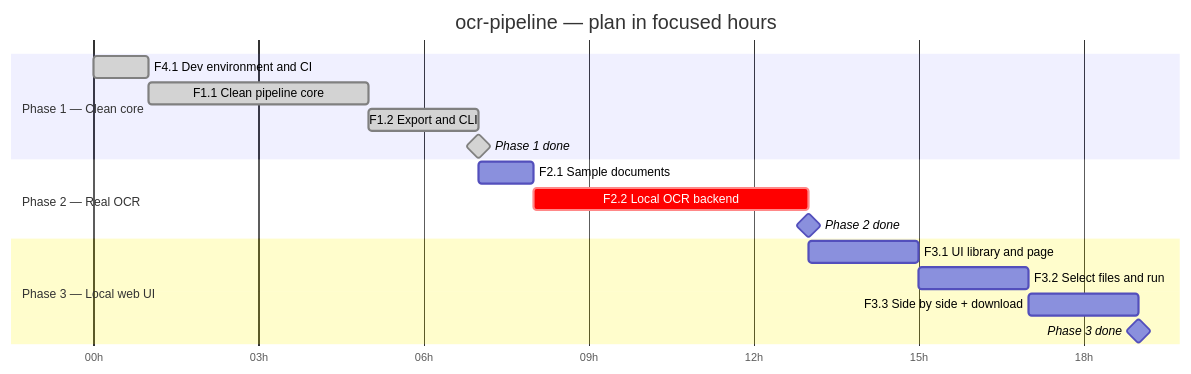
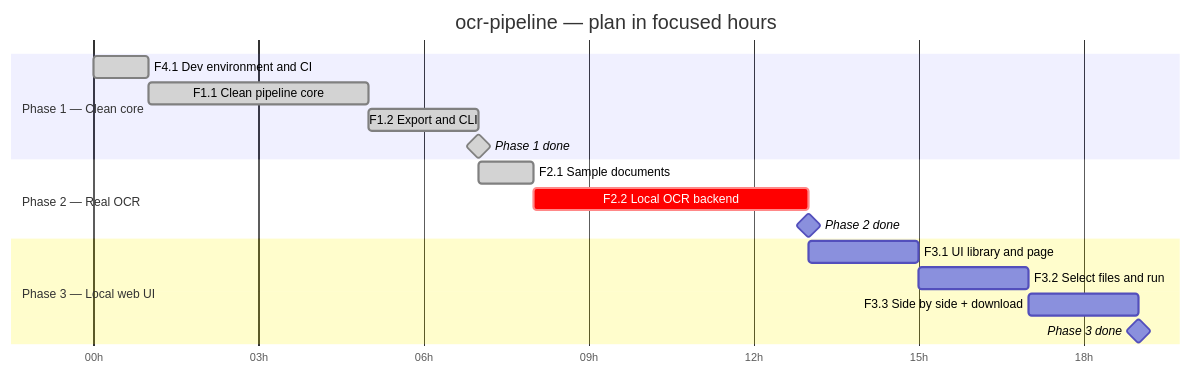
One commit to flegaspi700/ocr-pipeline changed the diagram in docs/04-project-plan.md. Above: the diagram before and after it, drawn with Mermaid. The commit also changed other lines of this file and 18 other files, not shown here.

First line of the commit message:
feat: generate sample documents with known text (F2.1, S2.1.1)

````diff
--- a/docs/04-project-plan.md
+++ b/docs/04-project-plan.md
@@ -143,23 +143,23 @@
 ```mermaid
 gantt
     title ocr-pipeline — plan in focused hours
     dateFormat YYYY-MM-DD HH:mm
     axisFormat %Hh
 
     section Phase 1 — Clean core
     F4.1 Dev environment and CI   :done, f41, 2026-10-10 00:00, 1h
     F1.1 Clean pipeline core      :done, f11, after f41, 4h
     F1.2 Export and CLI           :done, f12, after f11, 2h
     Phase 1 done                  :done, milestone, m1, after f12, 0h
 
     section Phase 2 — Real OCR
-    F2.1 Sample documents         :f21, after m1, 1h
+    F2.1 Sample documents         :done, f21, after m1, 1h
     F2.2 Local OCR backend        :crit, f22, after f21, 5h
     Phase 2 done                  :milestone, m2, after f22, 0h
 
     section Phase 3 — Local web UI
     F3.1 UI library and page      :f31, after m2, 2h
     F3.2 Select files and run     :f32, after f31, 2h
     F3.3 Side by side + download  :f33, after f32, 2h
     Phase 3 done                  :milestone, m3, after f33, 0h
 ```
````
